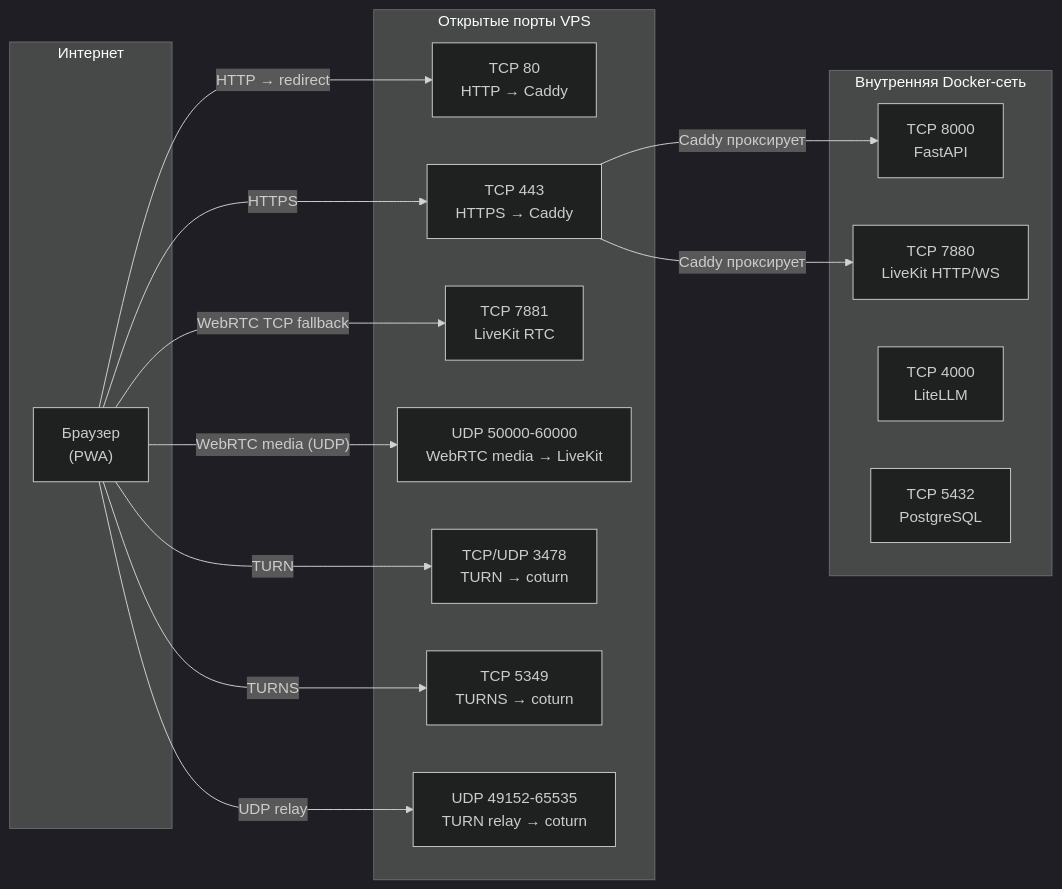
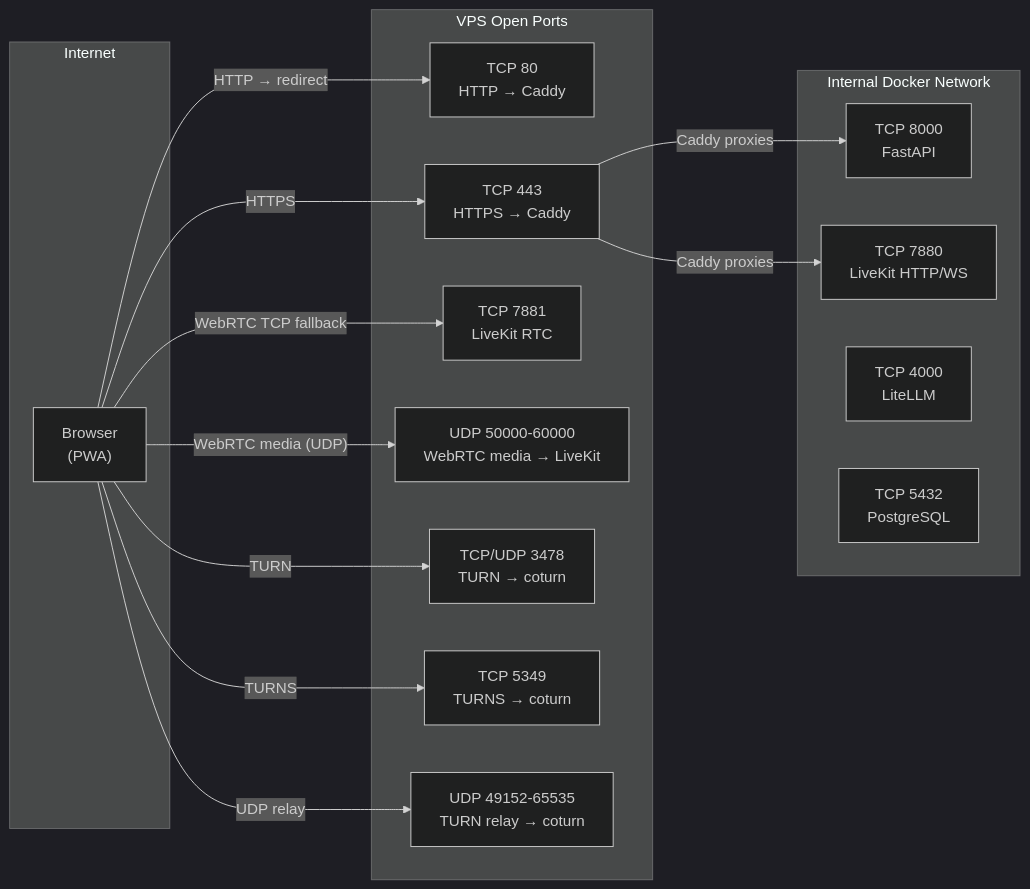
Before and after one commit to itechmeat/twype-voice: the third of 25 diagrams in docs/architecture.md, drawn with Mermaid (dark theme). The commit also changed other lines of this file and 30 other files, not shown here.

````diff
--- a/docs/architecture.md
+++ b/docs/architecture.md
@@ -150,35 +150,35 @@
 ```mermaid
 graph LR
-    subgraph INTERNET["Интернет"]
-        BROWSER["Браузер<br/>(PWA)"]
+    subgraph INTERNET["Internet"]
+        BROWSER["Browser<br/>(PWA)"]
     end
 
-    subgraph FIREWALL["Открытые порты VPS"]
+    subgraph FIREWALL["VPS Open Ports"]
         P80["TCP 80<br/>HTTP → Caddy"]
         P443["TCP 443<br/>HTTPS → Caddy"]
         P7881["TCP 7881<br/>WebRTC TCP fallback → LiveKit"]
         PLKUDP["UDP 50000-60000<br/>WebRTC media → LiveKit"]
         P3478["TCP/UDP 3478<br/>TURN → coturn"]
         P5349["TCP 5349<br/>TURNS → coturn"]
         PUDP["UDP 49152-65535<br/>TURN relay → coturn"]
     end
 
-    subgraph INTERNAL["Внутренняя Docker-сеть"]
+    subgraph INTERNAL["Internal Docker Network"]
         P8000["TCP 8000<br/>FastAPI"]
         P7880["TCP 7880<br/>LiveKit HTTP/WS"]
         P7881["TCP 7881<br/>LiveKit RTC"]
         P4000["TCP 4000<br/>LiteLLM"]
         P5432["TCP 5432<br/>PostgreSQL"]
     end
 
     BROWSER -->|"HTTPS"| P443
     BROWSER -->|"HTTP → redirect"| P80
     BROWSER -->|"WebRTC media (UDP)"| PLKUDP
     BROWSER -->|"WebRTC TCP fallback"| P7881
     BROWSER -->|"TURN"| P3478
     BROWSER -->|"TURNS"| P5349
     BROWSER -->|"UDP relay"| PUDP
 
-    P443 -->|"Caddy проксирует"| P8000
-    P443 -->|"Caddy проксирует"| P7880
+    P443 -->|"Caddy proxies"| P8000
+    P443 -->|"Caddy proxies"| P7880
 ```
````
